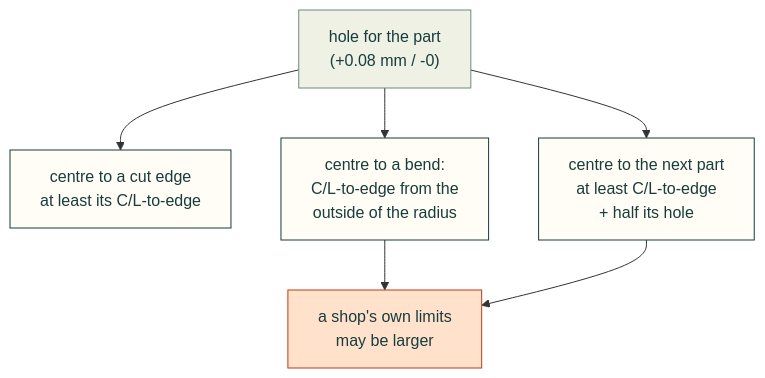
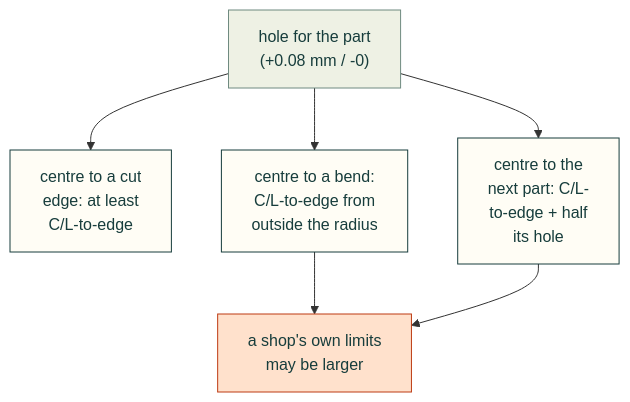
One commit to Valpatel/cad-agent changed the second of 8 diagrams in research/sheet-metal-joining.md. Above: the diagram before and after it, drawn with Mermaid. The commit also changed other lines of this file and 2 other files, not shown here.

First line of the commit message:
Research pages: diagrams fit the 1100 px column; second-review fixes

````diff
--- a/research/sheet-metal-joining.md
+++ b/research/sheet-metal-joining.md
@@ -80,15 +80,15 @@
 ```mermaid
 flowchart TD
-    H["hole for the part<br/>(+0.08 mm / -0)"] --> E["centre to a cut edge<br/>at least its C/L-to-edge"]
-    H --> B["centre to a bend:<br/>C/L-to-edge from the<br/>outside of the radius"]
-    H --> N["centre to the next part<br/>at least C/L-to-edge<br/>+ half its hole"]
+    H["hole for the part<br/>(+0.08 mm / -0)"] --> E["centre to a cut<br/>edge: at least<br/>C/L-to-edge"]
+    H --> B["centre to a bend:<br/>C/L-to-edge from<br/>outside the radius"]
+    H --> N["centre to the<br/>next part: C/L-<br/>to-edge + half<br/>its hole"]
     E ~~~ S["a shop's own limits<br/>may be larger"]
     B --> S
     N --> S
     classDef here fill:#fffdf5,stroke:#173d3c,color:#173d3c
     classDef near fill:#eef1e4,stroke:#6f8a80,color:#173d3c
     classDef out fill:#ffe1cc,stroke:#bd3a12,color:#173d3c
     class H near
     class E,B,N here
     class S out
 ```
````
